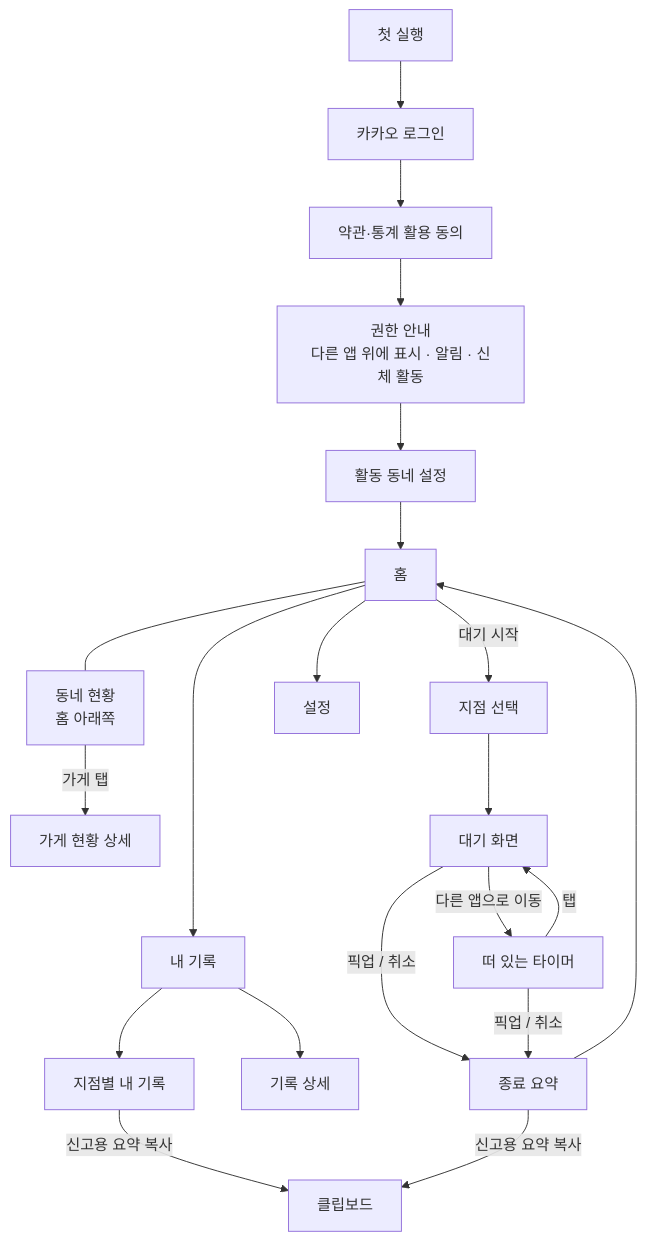
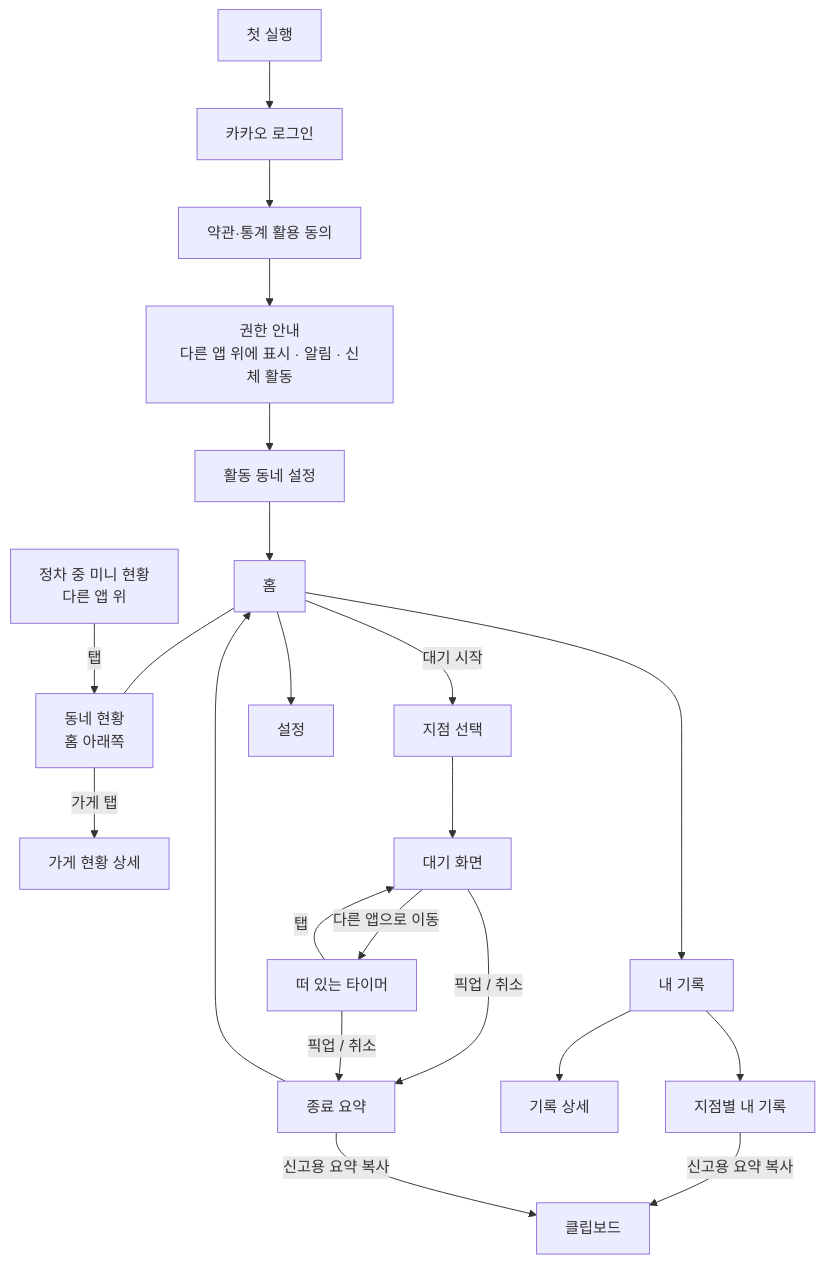
The diagram in docs/화면-흐름.md (kery27/eomisae), drawn with Mermaid before and after one commit. The commit also changed other lines of this file and 1 other file, not shown here.

````diff
--- a/docs/화면-흐름.md
+++ b/docs/화면-흐름.md
@@ -24,26 +24,27 @@
 ```mermaid
 flowchart TD
     A[첫 실행] --> B[카카오 로그인]
     B --> C[약관·통계 활용 동의]
     C --> D[권한 안내<br/>다른 앱 위에 표시 · 알림 · 신체 활동]
     D --> E[활동 동네 설정]
     E --> H[홈]
 
     H --- N[동네 현황<br/>홈 아래쪽]
+    M[정차 중 미니 현황<br/>다른 앱 위] -->|탭| N
     N -->|가게 탭| ND[가게 현황 상세]
     H -->|대기 시작| S1[지점 선택]
     S1 --> W[대기 화면]
     W -->|다른 앱으로 이동| F[떠 있는 타이머]
     F -->|탭| W
     W -->|픽업 / 취소| R[종료 요약]
     F -->|픽업 / 취소| R
     R --> H
 
     H --> L[내 기록]
     L --> LD[기록 상세]
     L --> P[지점별 내 기록]
     P -->|신고용 요약 복사| CP[클립보드]
     R -->|신고용 요약 복사| CP
 
     H --> ST[설정]
 ```
````
